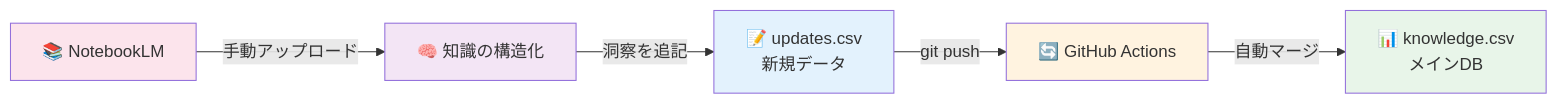
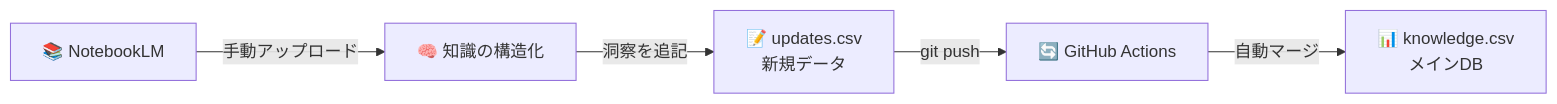
Before and after one commit to ramenumaiwhy/knowledge-chat2: the third of 8 diagrams in app-flow-diagram.md, drawn with Mermaid. The commit also changed other lines of this file and 34 other files, not shown here.

````diff
--- a/app-flow-diagram.md
+++ b/app-flow-diagram.md
@@ -47,14 +41,9 @@
 ```mermaid
 graph LR
     A[📝 updates.csv<br/>新規データ] -->|git push| B[🔄 GitHub Actions]
     B -->|自動マージ| C[📊 knowledge.csv<br/>メインDB]
     
     D[📚 NotebookLM] -->|手動アップロード| E[🧠 知識の構造化]
     E -->|洞察を追記| A
     
-    style A fill:#e3f2fd
-    style B fill:#fff3e0
-    style C fill:#e8f5e9
-    style D fill:#fce4ec
-    style E fill:#f3e5f5
 ```
````
